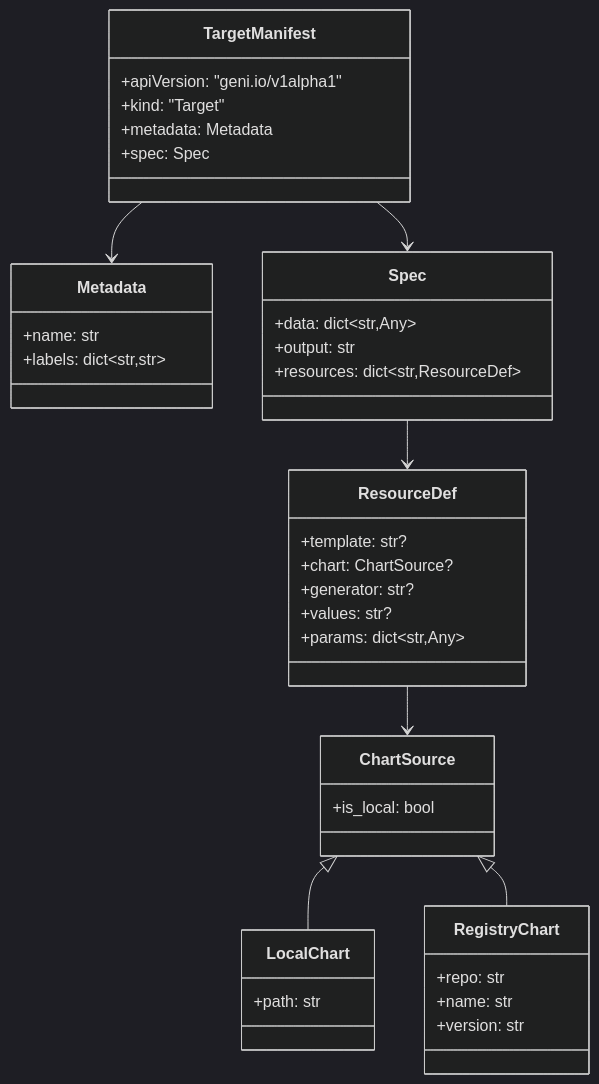
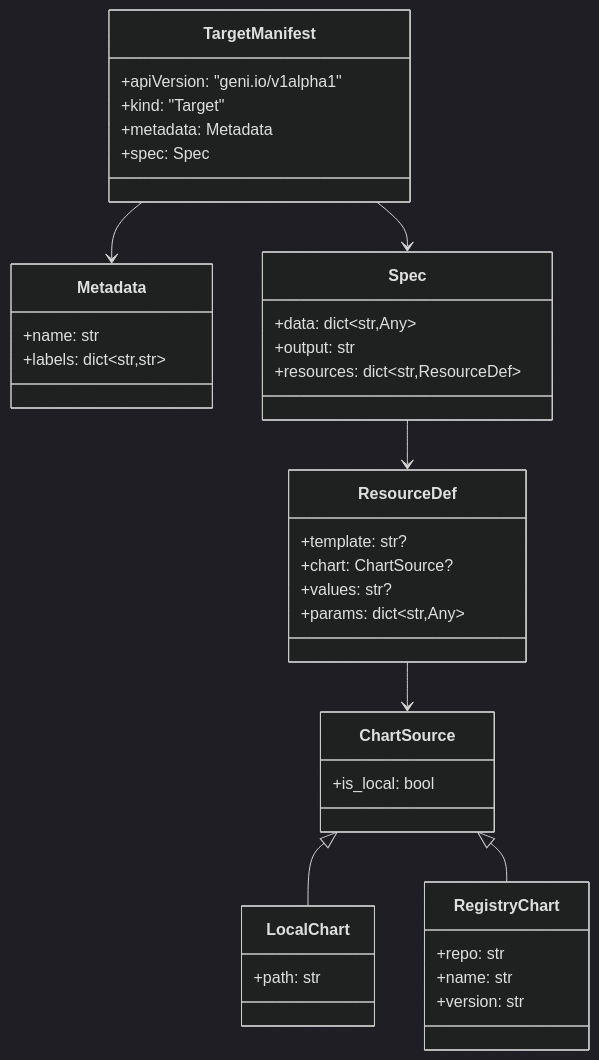
The seventh of 16 diagrams in ARCHITECTURE.md (AgathEmmanuel/geni), drawn with Mermaid (dark theme) before and after one commit. The commit also changed other lines of this file and 46 other files, not shown here.

````diff
--- a/ARCHITECTURE.md
+++ b/ARCHITECTURE.md
@@ -236,49 +276,48 @@
 ```mermaid
 classDiagram
     class TargetManifest {
         +apiVersion: "geni.io/v1alpha1"
         +kind: "Target"
         +metadata: Metadata
         +spec: Spec
     }
 
     class Metadata {
         +name: str
         +labels: dict~str,str~
     }
 
     class Spec {
         +data: dict~str,Any~
         +output: str
         +resources: dict~str,ResourceDef~
     }
 
     class ResourceDef {
         +template: str?
         +chart: ChartSource?
-        +generator: str?
         +values: str?
         +params: dict~str,Any~
     }
 
     class ChartSource {
         +is_local: bool
     }
 
     class LocalChart {
         +path: str
     }
 
     class RegistryChart {
         +repo: str
         +name: str
         +version: str
     }
 
     TargetManifest --> Metadata
     TargetManifest --> Spec
     Spec --> ResourceDef
     ResourceDef --> ChartSource
     ChartSource <|-- LocalChart
     ChartSource <|-- RegistryChart
 ```
````
